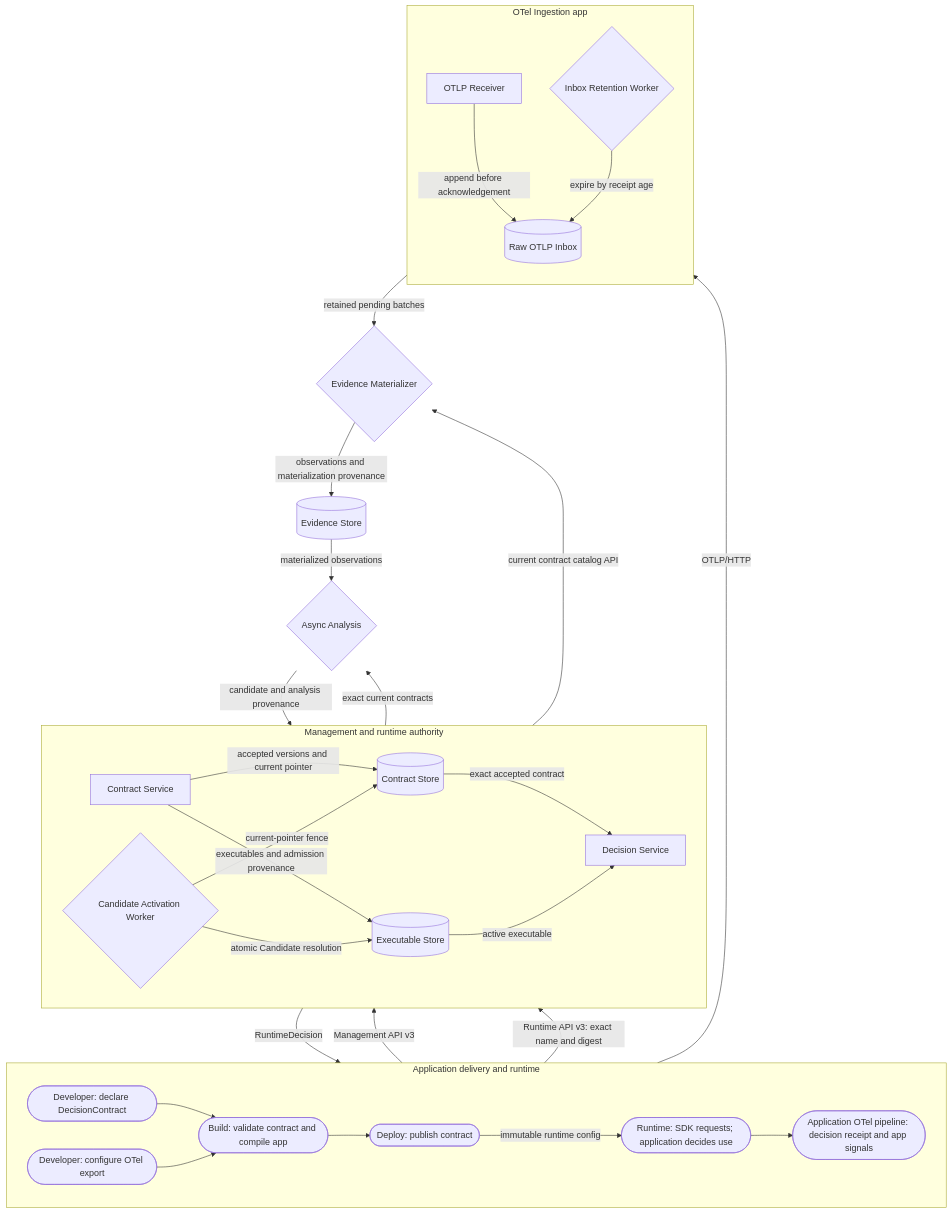
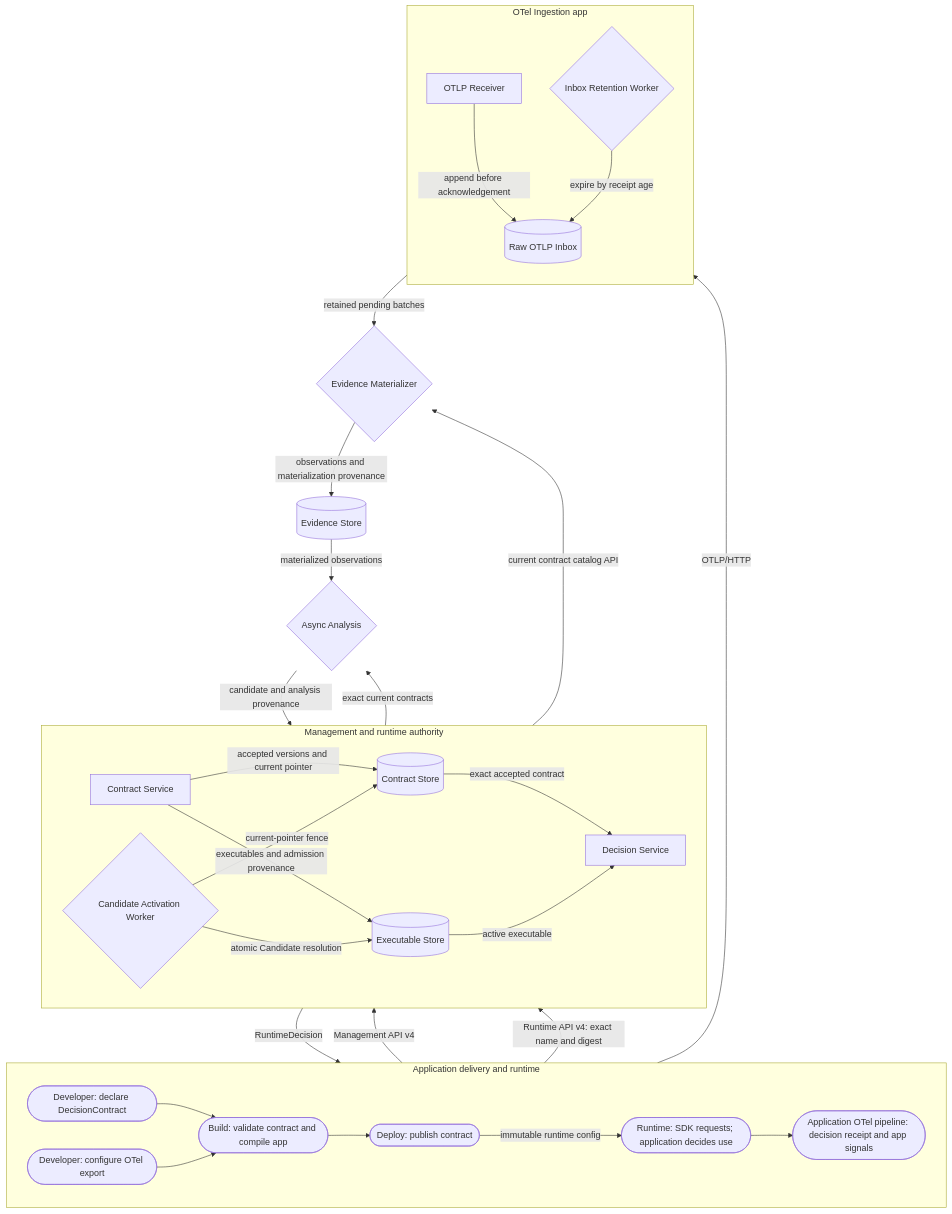
Before and after one commit to hahahahahaiyiwen/flaggo: the diagram in docs/design/architecture/APP_BOUNDARIES.md, drawn with Mermaid. The commit also changed other lines of this file and 260 other files, not shown here.

````diff
--- a/docs/design/architecture/APP_BOUNDARIES.md
+++ b/docs/design/architecture/APP_BOUNDARIES.md
@@ -37,61 +37,61 @@
 ```mermaid
 flowchart TB
     subgraph client["Application delivery and runtime"]
         direction LR
         declare(["Developer: declare DecisionContract"])
         configure(["Developer: configure OTel export"])
         build(["Build: validate contract and compile app"])
         deploy(["Deploy: publish contract"])
         runtime(["Runtime: SDK requests; application decides use"])
         telemetry(["Application OTel pipeline: decision receipt and app signals"])
 
         declare --> build
         configure --> build
         build --> deploy
         deploy -->|immutable runtime config| runtime
         runtime --> telemetry
     end
 
     subgraph authority["Management and runtime authority"]
         direction LR
         contract["Contract Service"]
         activation{"Candidate Activation Worker"}
         contractStore[("Contract Store")]
         executableStore[("Executable Store")]
         decision["Decision Service"]
 
         contract -->|accepted versions and current pointer| contractStore
         contract -->|executables and admission provenance| executableStore
         activation -->|current-pointer fence| contractStore
         activation -->|atomic Candidate resolution| executableStore
         contractStore -->|exact accepted contract| decision
         executableStore -->|active executable| decision
     end
 
     subgraph ingestion["OTel Ingestion app"]
         direction TB
         receiver["OTLP Receiver"]
         retention{"Inbox Retention Worker"}
         inbox[("Raw OTLP Inbox")]
 
         receiver -->|append before acknowledgement| inbox
         retention -->|expire by receipt age| inbox
     end
 
     materializer{"Evidence Materializer"}
     evidenceStore[("Evidence Store")]
     analysis{"Async Analysis"}
 
-    deploy -->|Management API v3| contract
-    runtime -->|Runtime API v3: exact name and digest| decision
+    deploy -->|Management API v4| contract
+    runtime -->|Runtime API v4: exact name and digest| decision
     decision -->|RuntimeDecision| runtime
     telemetry -->|OTLP/HTTP| receiver
 
     inbox -->|retained pending batches| materializer
     contract -->|current contract catalog API| materializer
     materializer -->|observations and materialization provenance| evidenceStore
 
     evidenceStore -->|materialized observations| analysis
     contract -->|exact current contracts| analysis
     analysis -->|candidate and analysis provenance| contract
 ```
````
